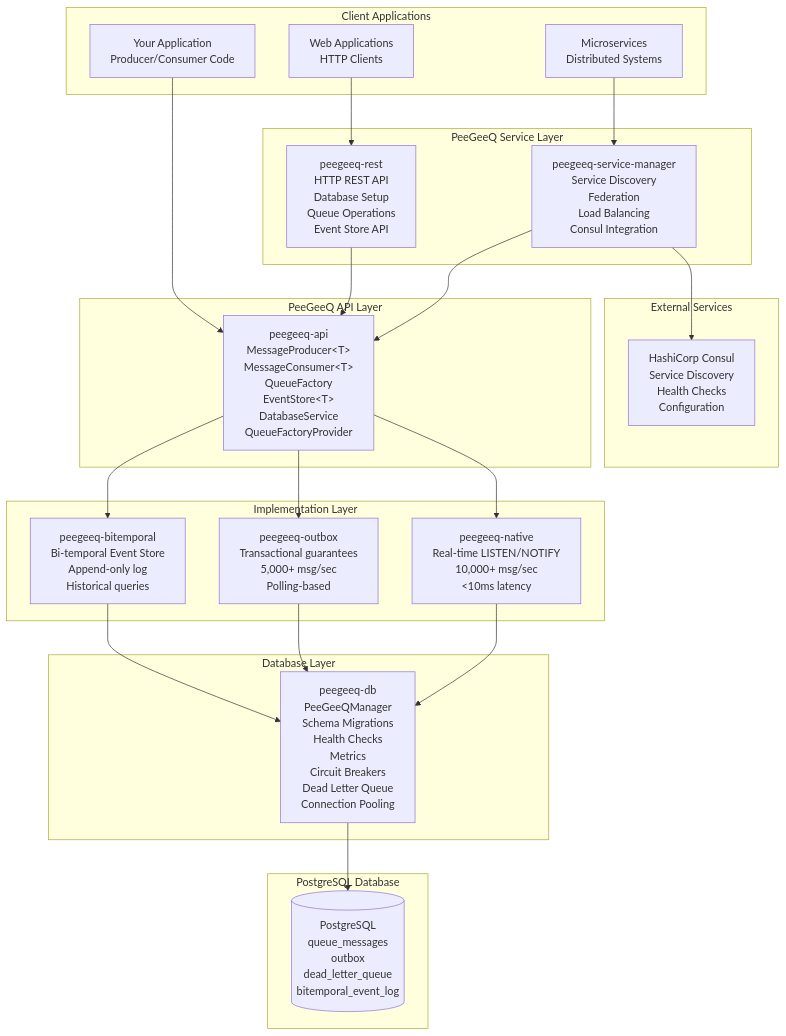
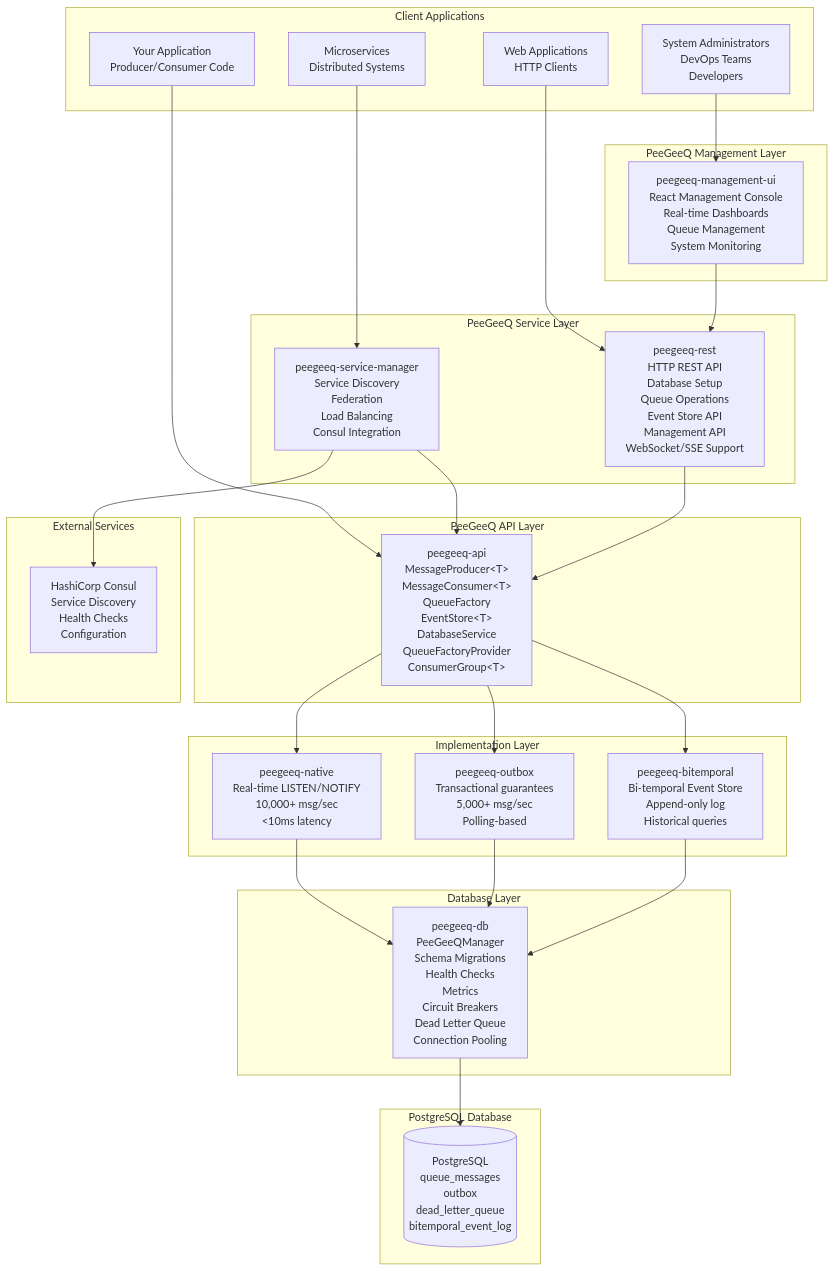
The diagram in docs/PeeGeeQ-Architecture-API-Reference.md (mraysmit/peegeeq), drawn with Mermaid before and after one commit. The commit also changed other lines of this file and 21 other files, not shown here.

Commit message:
Add event catalogue documentation: define standards for CloudEvents, AsyncAPI, and Avro payloads, including governance, versioning, and bi-temporal modeling practices.

````diff
--- a/docs/PeeGeeQ-Architecture-API-Reference.md
+++ b/docs/PeeGeeQ-Architecture-API-Reference.md
@@ -22,52 +24,59 @@
 ```mermaid
 graph TB
     subgraph "Client Applications"
         APP[Your Application<br/>Producer/Consumer Code]
         WEB[Web Applications<br/>HTTP Clients]
         SERVICES[Microservices<br/>Distributed Systems]
+        ADMIN[System Administrators<br/>DevOps Teams<br/>Developers]
+    end
+
+    subgraph "PeeGeeQ Management Layer"
+        UI[peegeeq-management-ui<br/>React Management Console<br/>Real-time Dashboards<br/>Queue Management<br/>System Monitoring]
     end
 
     subgraph "PeeGeeQ Service Layer"
         SM[peegeeq-service-manager<br/>Service Discovery<br/>Federation<br/>Load Balancing<br/>Consul Integration]
-        REST[peegeeq-rest<br/>HTTP REST API<br/>Database Setup<br/>Queue Operations<br/>Event Store API]
+        REST[peegeeq-rest<br/>HTTP REST API<br/>Database Setup<br/>Queue Operations<br/>Event Store API<br/>Management API<br/>WebSocket/SSE Support]
     end
 
     subgraph "PeeGeeQ API Layer"
-        API[peegeeq-api<br/>MessageProducer&lt;T&gt;<br/>MessageConsumer&lt;T&gt;<br/>QueueFactory<br/>EventStore&lt;T&gt;<br/>DatabaseService<br/>QueueFactoryProvider]
+        API[peegeeq-api<br/>MessageProducer&lt;T&gt;<br/>MessageConsumer&lt;T&gt;<br/>QueueFactory<br/>EventStore&lt;T&gt;<br/>DatabaseService<br/>QueueFactoryProvider<br/>ConsumerGroup&lt;T&gt;]
     end
 
     subgraph "Implementation Layer"
         NATIVE[peegeeq-native<br/>Real-time LISTEN/NOTIFY<br/>10,000+ msg/sec<br/>&lt;10ms latency]
         OUTBOX[peegeeq-outbox<br/>Transactional guarantees<br/>5,000+ msg/sec<br/>Polling-based]
         BITEMPORAL[peegeeq-bitemporal<br/>Bi-temporal Event Store<br/>Append-only log<br/>Historical queries]
     end
 
     subgraph "Database Layer"
         DB[peegeeq-db<br/>PeeGeeQManager<br/>Schema Migrations<br/>Health Checks<br/>Metrics<br/>Circuit Breakers<br/>Dead Letter Queue<br/>Connection Pooling]
     end
 
     subgraph "External Services"
         CONSUL[HashiCorp Consul<br/>Service Discovery<br/>Health Checks<br/>Configuration]
     end
 
     subgraph "PostgreSQL Database"
         POSTGRES[(PostgreSQL<br/>queue_messages<br/>outbox<br/>dead_letter_queue<br/>bitemporal_event_log)]
     end
 
     APP --> API
     WEB --> REST
     SERVICES --> SM
+    ADMIN --> UI
 
+    UI --> REST
     SM --> CONSUL
     SM --> API
     REST --> API
 
     API --> NATIVE
     API --> OUTBOX
     API --> BITEMPORAL
 
     NATIVE --> DB
     OUTBOX --> DB
     BITEMPORAL --> DB
     DB --> POSTGRES
 ```
````
